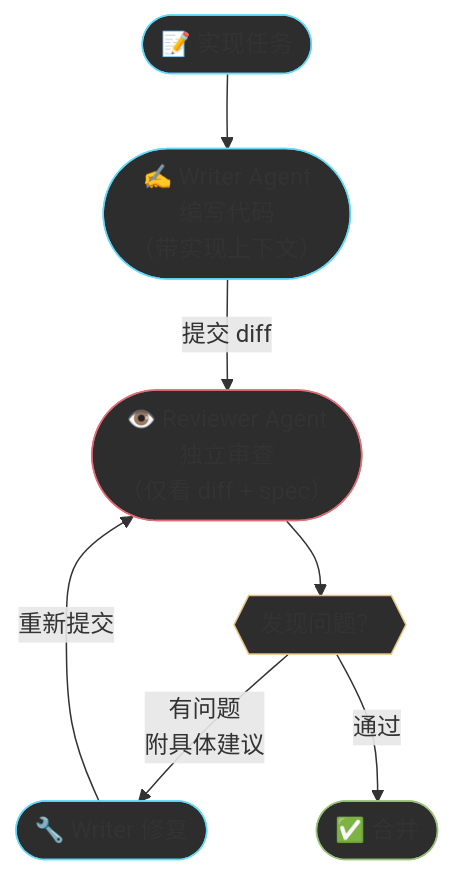
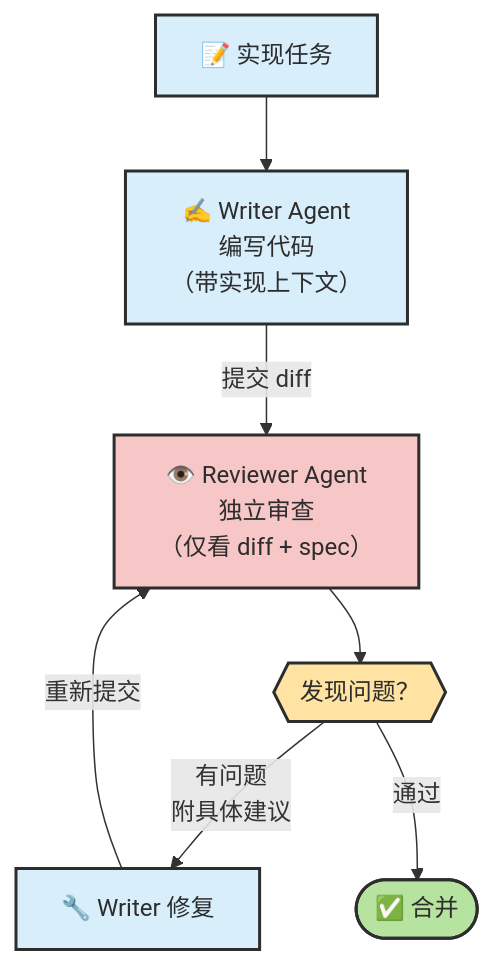
Before and after one commit to zht043/AgenticCodingTutorial: the fifth of 10 diagrams in docs/chapters/ch11-design-patterns.md, drawn with Mermaid. The commit also changed other lines of this file and 26 other files, not shown here.

````diff
--- a/docs/chapters/ch11-design-patterns.md
+++ b/docs/chapters/ch11-design-patterns.md
@@ -223,21 +233,21 @@
 ```mermaid
 flowchart TB
-    classDef write fill:#2d2d2d,stroke:#61dafb
-    classDef review fill:#2d2d2d,stroke:#e06c75
-    classDef decide fill:#2d2d2d,stroke:#e5c07b
-    classDef done fill:#2d2d2d,stroke:#98c379
+    classDef write fill:#d8eefb,stroke:#2d2d2d,stroke-width:2px,color:#2d2d2d
+    classDef review fill:#f7c6c7,stroke:#2d2d2d,stroke-width:2px,color:#2d2d2d
+    classDef decide fill:#ffe3a3,stroke:#2d2d2d,stroke-width:2px,color:#2d2d2d
+    classDef done fill:#b7e3a1,stroke:#2d2d2d,stroke-width:2px,color:#2d2d2d
 
-    Task(["📝 实现任务"]):::write
-    Writer(["✍️ Writer Agent<br/>编写代码<br/>（带实现上下文）"]):::write
-    Reviewer(["👁️ Reviewer Agent<br/>独立审查<br/>（仅看 diff + spec）"]):::review
+    Task["📝 实现任务"]:::write
+    Writer["✍️ Writer Agent<br/>编写代码<br/>（带实现上下文）"]:::write
+    Reviewer["👁️ Reviewer Agent<br/>独立审查<br/>（仅看 diff + spec）"]:::review
     Issues{{"发现问题？"}}:::decide
-    Fix(["🔧 Writer 修复"]):::write
+    Fix["🔧 Writer 修复"]:::write
     Merge(["✅ 合并"]):::done
 
     Task --> Writer
     Writer -->|"提交 diff"| Reviewer
     Reviewer --> Issues
     Issues -->|"有问题<br/>附具体建议"| Fix
     Fix -->|"重新提交"| Reviewer
     Issues -->|"通过"| Merge
 ```
````
